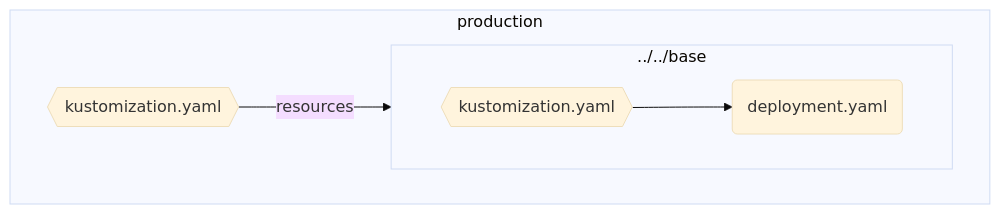
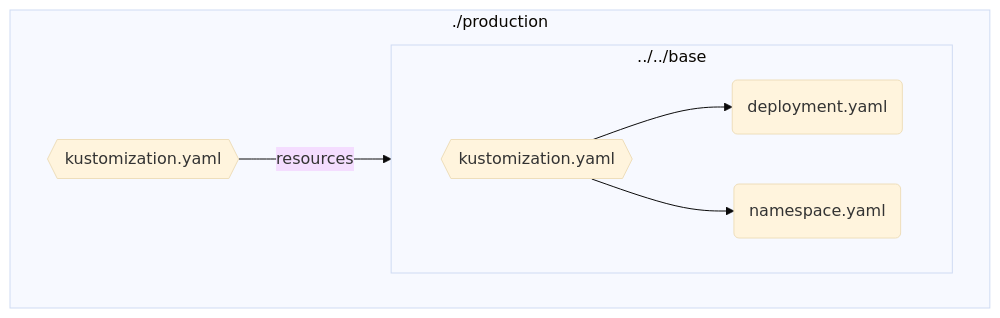
One commit to dv0gt/kustomize-graph-md changed the second of 4 diagrams in README.md. Above: the diagram before and after it, drawn with Mermaid (base theme). The commit also changed other lines of this file and 4 other files, not shown here.

````diff
--- a/README.md
+++ b/README.md
@@ -66,13 +71,14 @@
 ```mermaid
 flowchart LR
-subgraph production
+subgraph ./production
 direction LR
 K4108157276{{kustomization.yaml}}
 subgraph ../../base
 direction LR
 K2125297382{{kustomization.yaml}}
 K2125297382 --> K2125297382R0(deployment.yaml)
+K2125297382 --> K2125297382R1(namespace.yaml)
 end
 K4108157276 --> |resources| ../../base
 end
 ```
````
